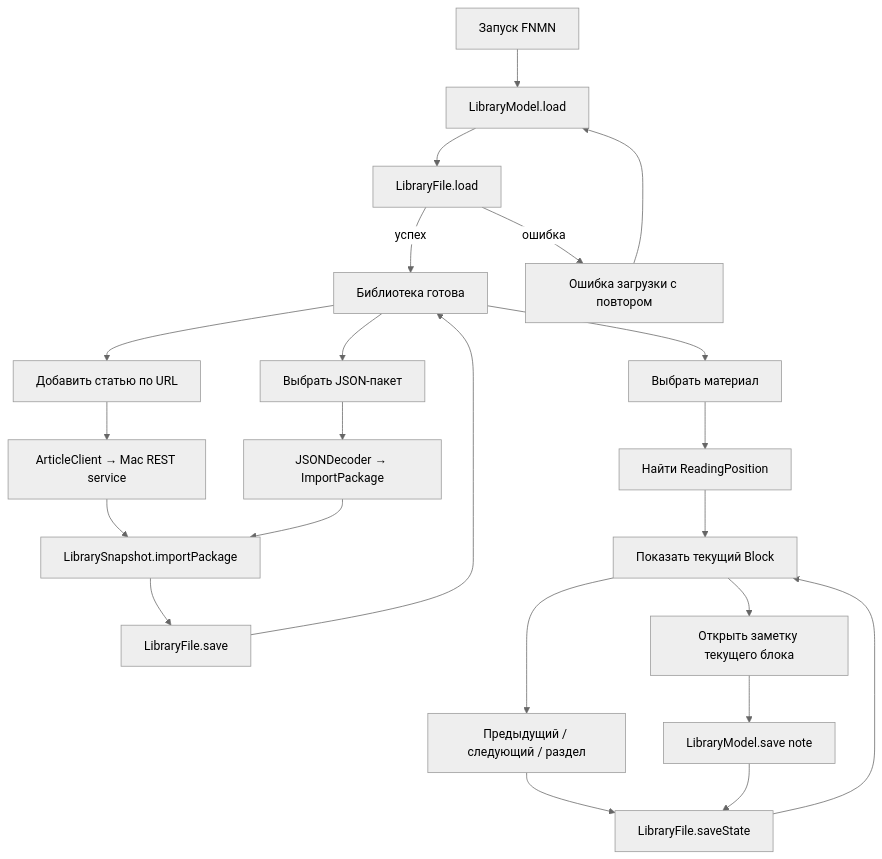
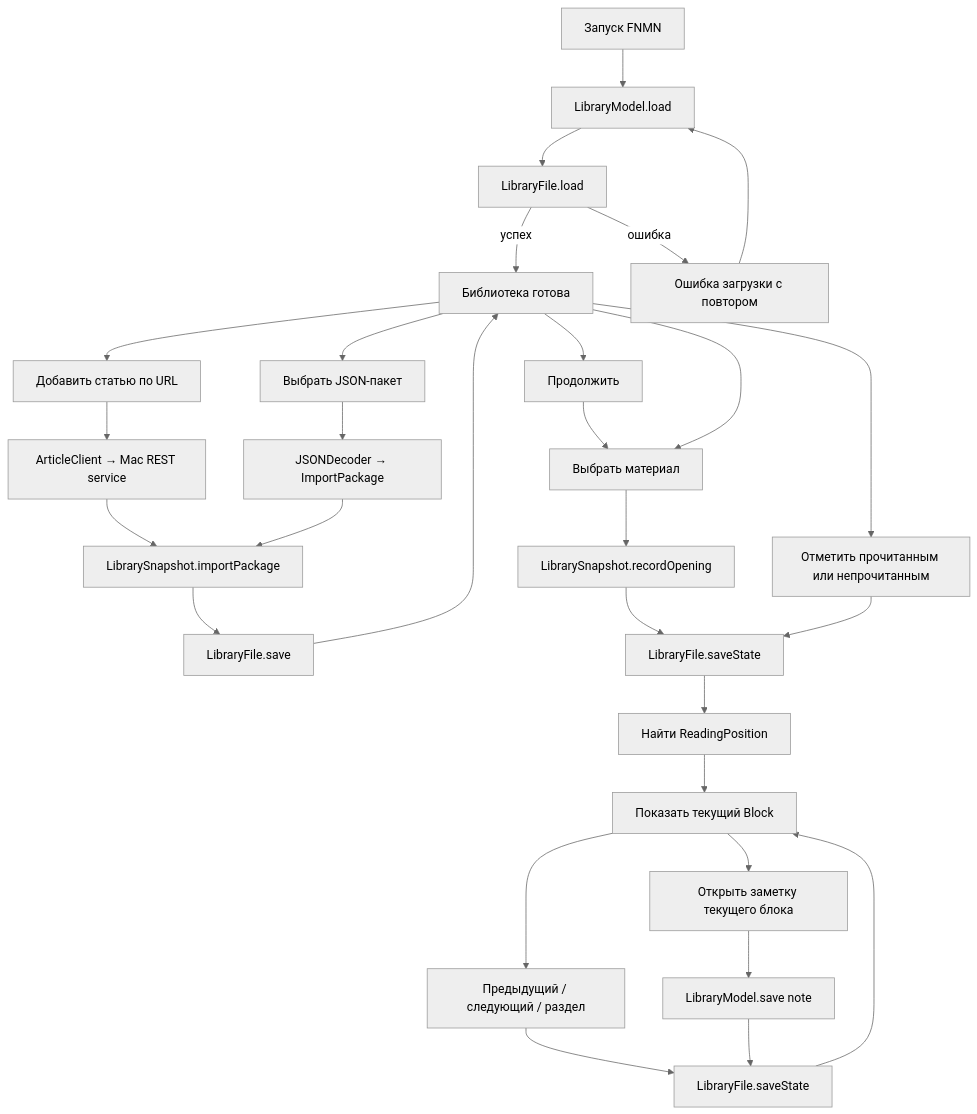
Before and after one commit to vladkalinichencko/fnmn-app: the first of 6 diagrams in APP_SPEC.md, drawn with Mermaid (neutral theme). The commit also changed other lines of this file and 5 other files, not shown here.

First line of the commit message:
Record last opened material and explicit read state.

````diff
--- a/APP_SPEC.md
+++ b/APP_SPEC.md
@@ -19,27 +20,33 @@
 ```mermaid
 flowchart TD
     Launch[Запуск FNMN] --> Load[LibraryModel.load]
     Load --> ReadDisk[LibraryFile.load]
     ReadDisk -->|успех| Library[Библиотека готова]
     ReadDisk -->|ошибка| LoadError[Ошибка загрузки с повтором]
     LoadError --> Load
 
     Library --> AddURL[Добавить статью по URL]
     AddURL --> Prepare[ArticleClient → Mac REST service]
     Prepare --> Import[LibrarySnapshot.importPackage]
     Library --> AddJSON[Выбрать JSON-пакет]
     AddJSON --> Decode[JSONDecoder → ImportPackage]
     Decode --> Import
     Import --> Persist[LibraryFile.save]
     Persist --> Library
 
+    Library --> Continue[Продолжить]
+    Continue --> Select
     Library --> Select[Выбрать материал]
-    Select --> Restore[Найти ReadingPosition]
+    Select --> RecordOpen[LibrarySnapshot.recordOpening]
+    RecordOpen --> PersistState[LibraryFile.saveState]
+    PersistState --> Restore[Найти ReadingPosition]
     Restore --> Reader[Показать текущий Block]
+    Library --> MarkRead[Отметить прочитанным или непрочитанным]
+    MarkRead --> PersistState
     Reader --> Move[Предыдущий / следующий / раздел]
     Move --> SavePosition[LibraryFile.saveState]
     SavePosition --> Reader
     Reader --> EditNote[Открыть заметку текущего блока]
     EditNote --> SaveNote[LibraryModel.save note]
     SaveNote --> SavePosition
 ```
````
